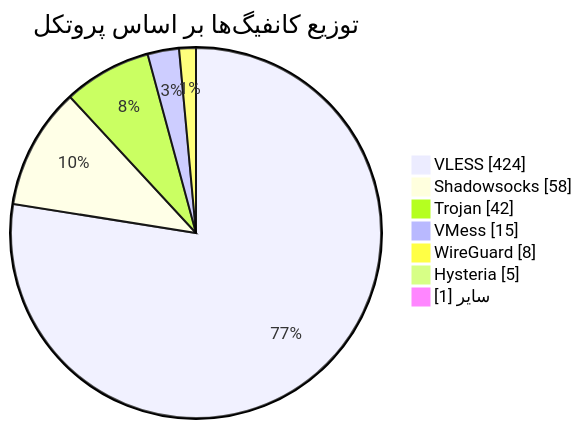
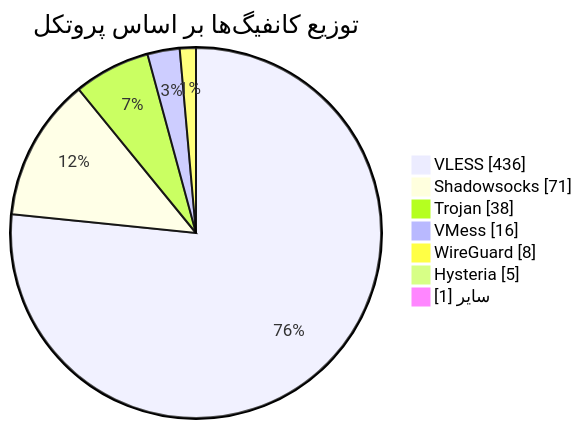
Before and after one commit to Arian-Alijani/Somthing: the diagram in README.md, drawn with Mermaid. The commit also changed other lines of this file and 15 other files, not shown here.

````diff
--- a/README.md
+++ b/README.md
@@ -49,11 +49,11 @@
 ```mermaid
 pie showData
     title توزیع کانفیگ‌ها بر اساس پروتکل
-    "VLESS" : 424
-    "Shadowsocks" : 58
-    "Trojan" : 42
-    "VMess" : 15
+    "VLESS" : 436
+    "Shadowsocks" : 71
+    "Trojan" : 38
+    "VMess" : 16
     "WireGuard" : 8
     "Hysteria" : 5
     "سایر" : 1
 ```
````
